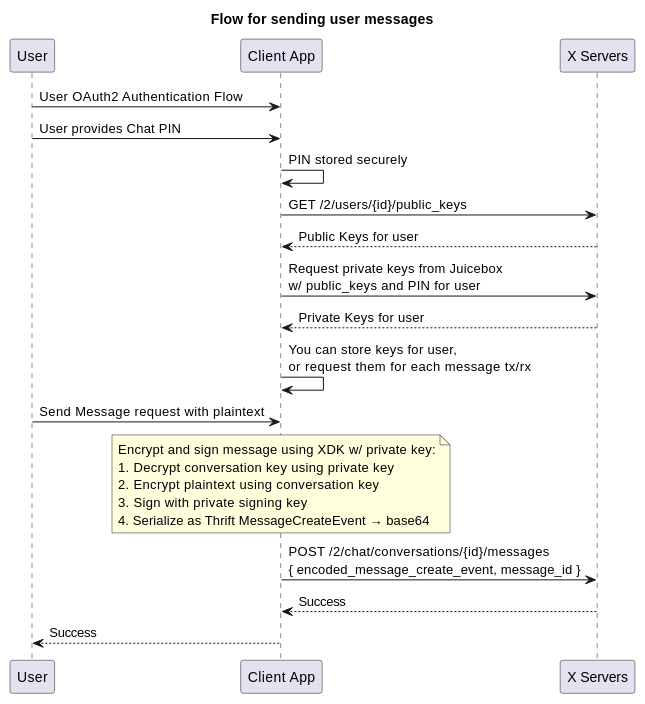
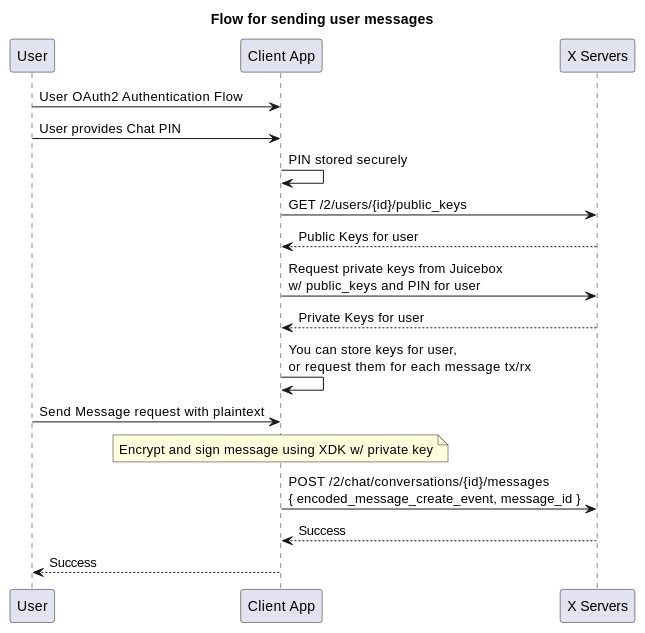
One commit to dmitryon/twitter-api-typescript-sdk changed the second of 3 diagrams in oauth-demo/XCHAT-MIGRATION-GUIDE.md. Above: the diagram before and after it, drawn with PlantUML. The commit also changed other lines of this file and 5 other files, not shown here.

````diff
--- a/oauth-demo/XCHAT-MIGRATION-GUIDE.md
+++ b/oauth-demo/XCHAT-MIGRATION-GUIDE.md
@@ -151,32 +213,28 @@
 ```plantuml
 @startuml
 title Flow for sending user messages
 
 participant User
 participant "Client App" as App
 participant "X Servers" as X
 
 User -> App: User OAuth2 Authentication Flow
 User -> App: User provides Chat PIN
 App -> App: PIN stored securely
 
 App -> X: GET /2/users/{id}/public_keys
 X --> App: Public Keys for user
 
 App -> X: Request private keys from Juicebox\nw/ public_keys and PIN for user
 X --> App: Private Keys for user
 App -> App: You can store keys for user,\nor request them for each message tx/rx
 
 User -> App: Send Message request with plaintext
 note over App
-  Encrypt and sign message using XDK w/ private key:
-  1. Decrypt conversation key using private key
-  2. Encrypt plaintext using conversation key
-  3. Sign with private signing key
-  4. Serialize as Thrift MessageCreateEvent → base64
+  Encrypt and sign message using XDK w/ private key
 end note
 App -> X: POST /2/chat/conversations/{id}/messages\n{ encoded_message_create_event, message_id }
 X --> App: Success
 App --> User: Success
 @enduml
 ```
````
